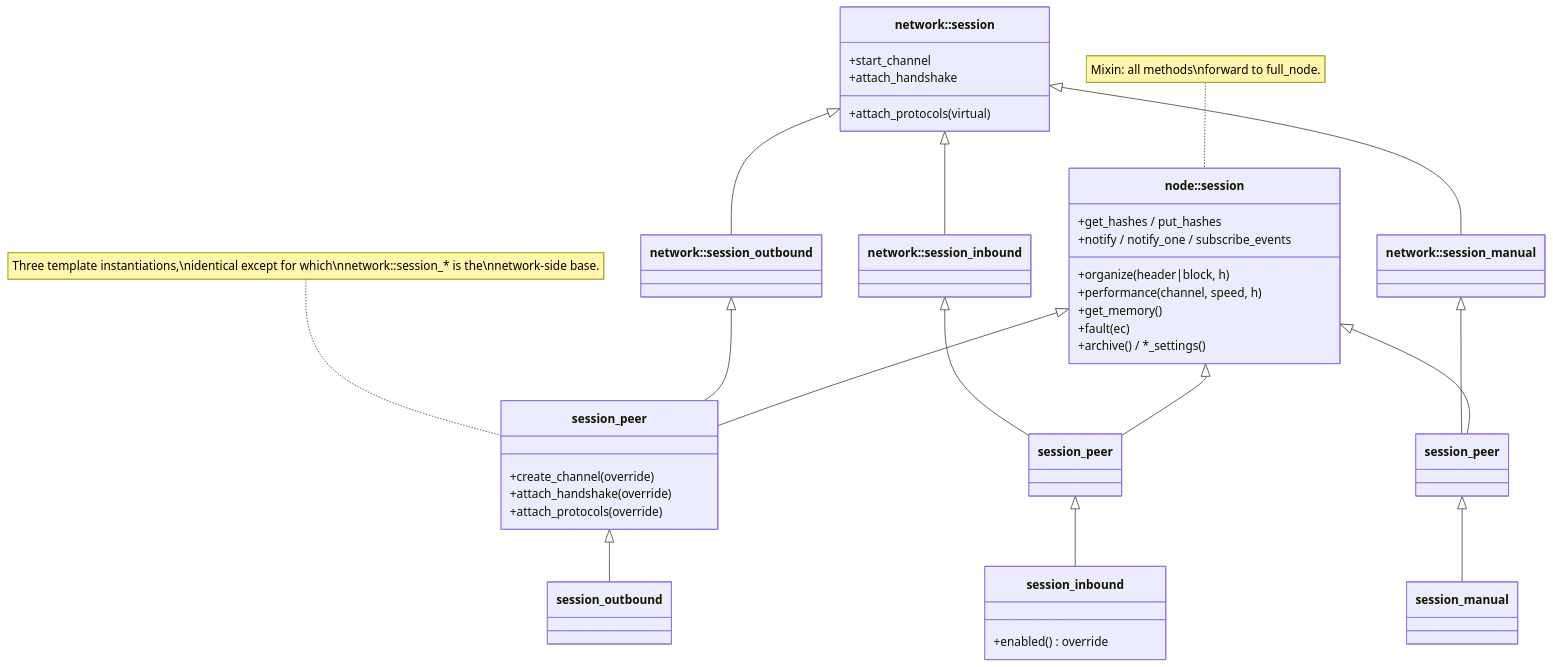
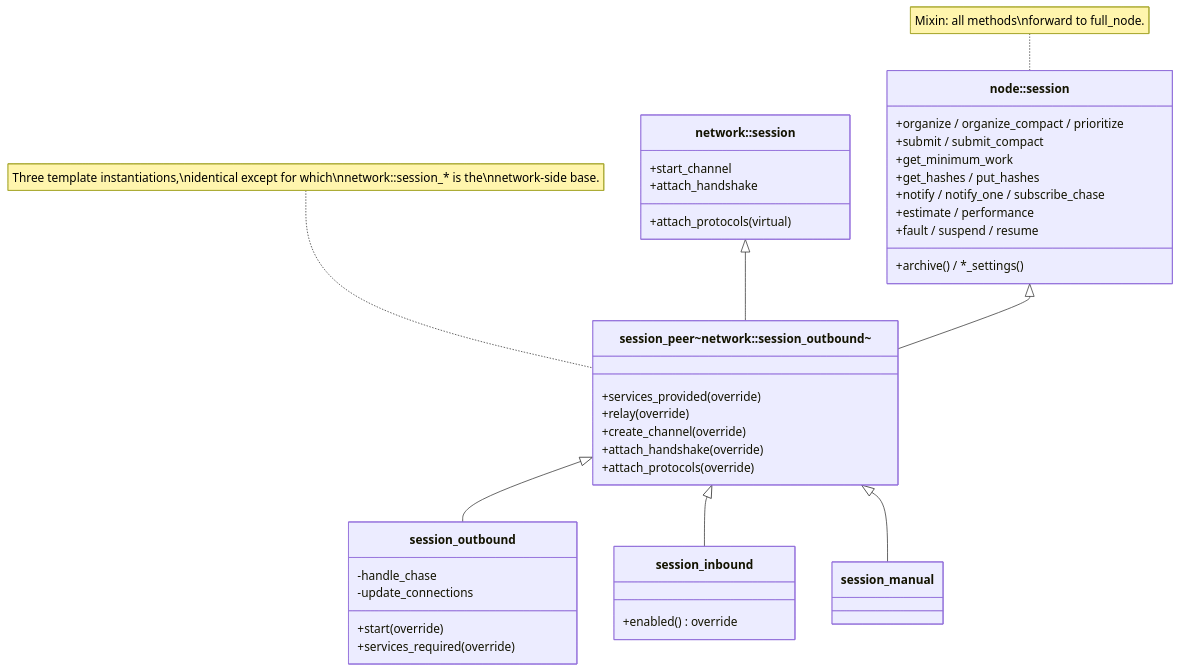
Before and after one commit to libbitcoin/libbitcoin.github.io: the first of 6 diagrams in architecture/md/06-sessions-and-protocols.md, drawn with Mermaid. The commit also changed other lines of this file and 31 other files, not shown here.

Commit message:
Add the node architecture pages.

````diff
--- a/architecture/md/06-sessions-and-protocols.md
+++ b/architecture/md/06-sessions-and-protocols.md
@@ -53,51 +52,44 @@
 ```mermaid
 classDiagram
     class network_session["network::session"] {
         +start_channel
         +attach_handshake
         +attach_protocols (virtual)
     }
     class node_session["node::session"] {
-        +organize(header|block, h)
+        +organize / organize_compact / prioritize
+        +submit / submit_compact
+        +get_minimum_work
         +get_hashes / put_hashes
-        +notify / notify_one / subscribe_events
-        +performance(channel, speed, h)
-        +get_memory()
-        +fault(ec)
+        +notify / notify_one / subscribe_chase
+        +estimate / performance
+        +fault / suspend / resume
         +archive() / *_settings()
     }
-    class network_session_outbound["network::session_outbound"]
-    class network_session_inbound["network::session_inbound"]
-    class network_session_manual["network::session_manual"]
-    class session_peer_out["session_peer<network::session_outbound>"] {
+    class session_peer_out["session_peer~network::session_outbound~"] {
+        +services_provided (override)
+        +relay (override)
         +create_channel (override)
         +attach_handshake (override)
         +attach_protocols (override)
     }
-    class session_peer_in["session_peer<network::session_inbound>"]
-    class session_peer_man["session_peer<network::session_manual>"]
-    class session_outbound
+    class session_outbound {
+        +start (override)
+        +services_required (override)
+        -handle_chase
+        -update_connections
+    }
     class session_inbound {
         +enabled() override
     }
     class session_manual
 
-    network_session <|-- network_session_outbound
-    network_session <|-- network_session_inbound
-    network_session <|-- network_session_manual
-
-    network_session_outbound <|-- session_peer_out
-    network_session_inbound  <|-- session_peer_in
-    network_session_manual   <|-- session_peer_man
-
+    network_session <|-- session_peer_out
     node_session <|-- session_peer_out
-    node_session <|-- session_peer_in
-    node_session <|-- session_peer_man
-
     session_peer_out <|-- session_outbound
-    session_peer_in  <|-- session_inbound
-    session_peer_man <|-- session_manual
+    session_peer_out <|-- session_inbound
+    session_peer_out <|-- session_manual
 
     note for session_peer_out "Three template instantiations,\nidentical except for which\nnetwork::session_* is the\nnetwork-side base."
     note for node_session "Mixin: all methods\nforward to full_node."
 ```
````
